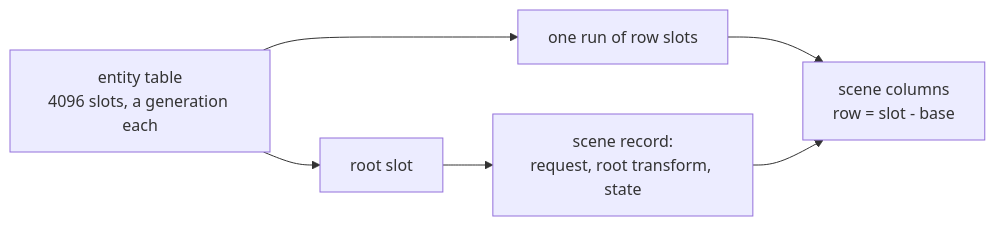
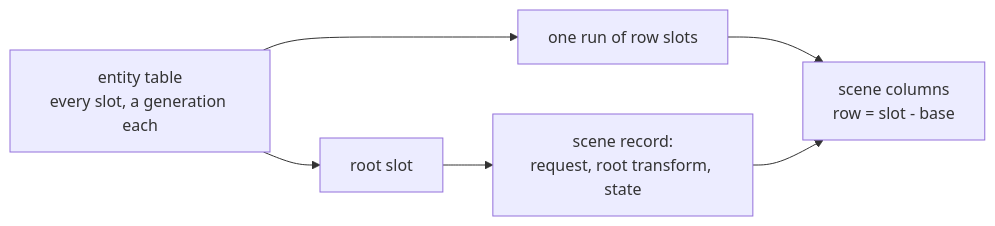
One commit to jose-villegas/autana changed the diagram in docs/render/scene/Scene-Manager.md. Above: the diagram before and after it, drawn with Mermaid. The commit also changed other lines of this file and 24 other files, not shown here.

````diff
--- a/docs/render/scene/Scene-Manager.md
+++ b/docs/render/scene/Scene-Manager.md
@@ -22,8 +26,8 @@
 ```mermaid
 flowchart LR
-    Table["entity table<br/>4096 slots, a generation each"] --> RootA["root slot"]
+    Table["entity table<br/>every slot, a generation each"] --> RootA["root slot"]
     Table --> RowsA["one run of row slots"]
     RootA --> RecA["scene record:<br/>request, root transform, state"]
     RowsA --> ColA["scene columns<br/>row = slot - base"]
     RecA --> ColA
 ```
````
